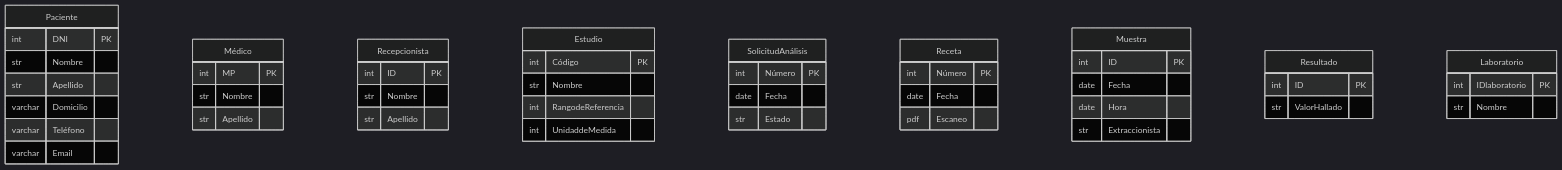
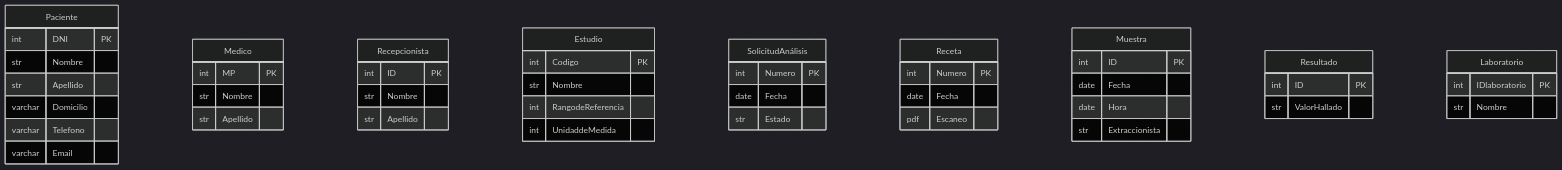
Before and after one commit to HermesPuig/laboratorioquimico: the diagram in Diagramas/erDiagram.mmd, drawn with Mermaid (dark theme).

Commit message:
cambios en erdiagram

```diff
--- a/Diagramas/erDiagram.mmd
+++ b/Diagramas/erDiagram.mmd
@@ -1,58 +1,58 @@
 erDiagram
     
-    Paciente {
+    Paciente{
         int DNI PK
         str Nombre
         str Apellido
         varchar Domicilio
-        varchar Teléfono
+        varchar Telefono
         varchar Email
     }
 
-    Médico {
+    Medico{
         int MP PK
         str Nombre
         str Apellido
     }
 
-    Recepcionista {
+    Recepcionista{
         int ID PK
         str Nombre
         str Apellido
     }
 
-    Estudio {
-        int Código PK
+    Estudio{
+        int Codigo PK
         str Nombre
         int RangodeReferencia
         int UnidaddeMedida
     }
 
-    SolicitudAnálisis {
-        int Número PK
+    SolicitudAnálisis{
+        int Numero PK
         date Fecha
         str Estado
     }
 
-    Receta {
-        int Número PK
+    Receta{
+        int Numero PK
         date Fecha
         pdf Escaneo 
     }
 
-    Muestra {
+    Muestra{
         int ID PK
         date Fecha
         date Hora
         str Extraccionista
     }
 
-    Resultado {
+    Resultado{
         int ID PK
         str ValorHallado
     }
 
-    Laboratorio {
+    Laboratorio{
         int IDlaboratorio PK
         str Nombre
     }
```
